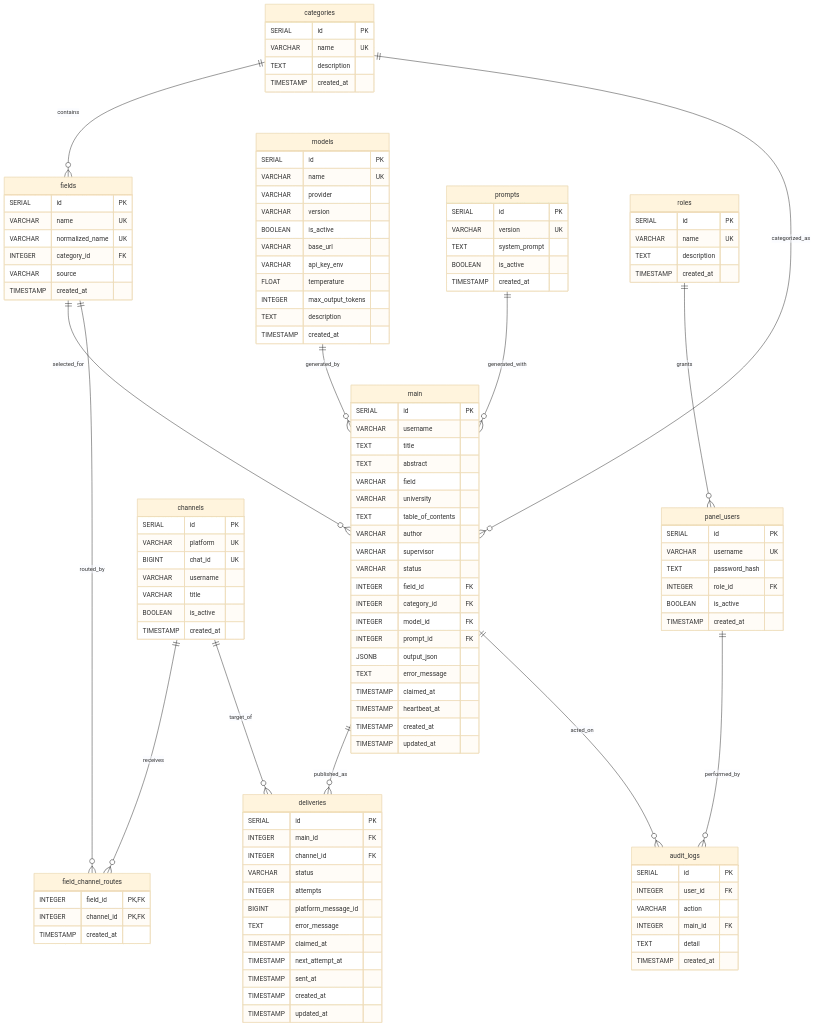
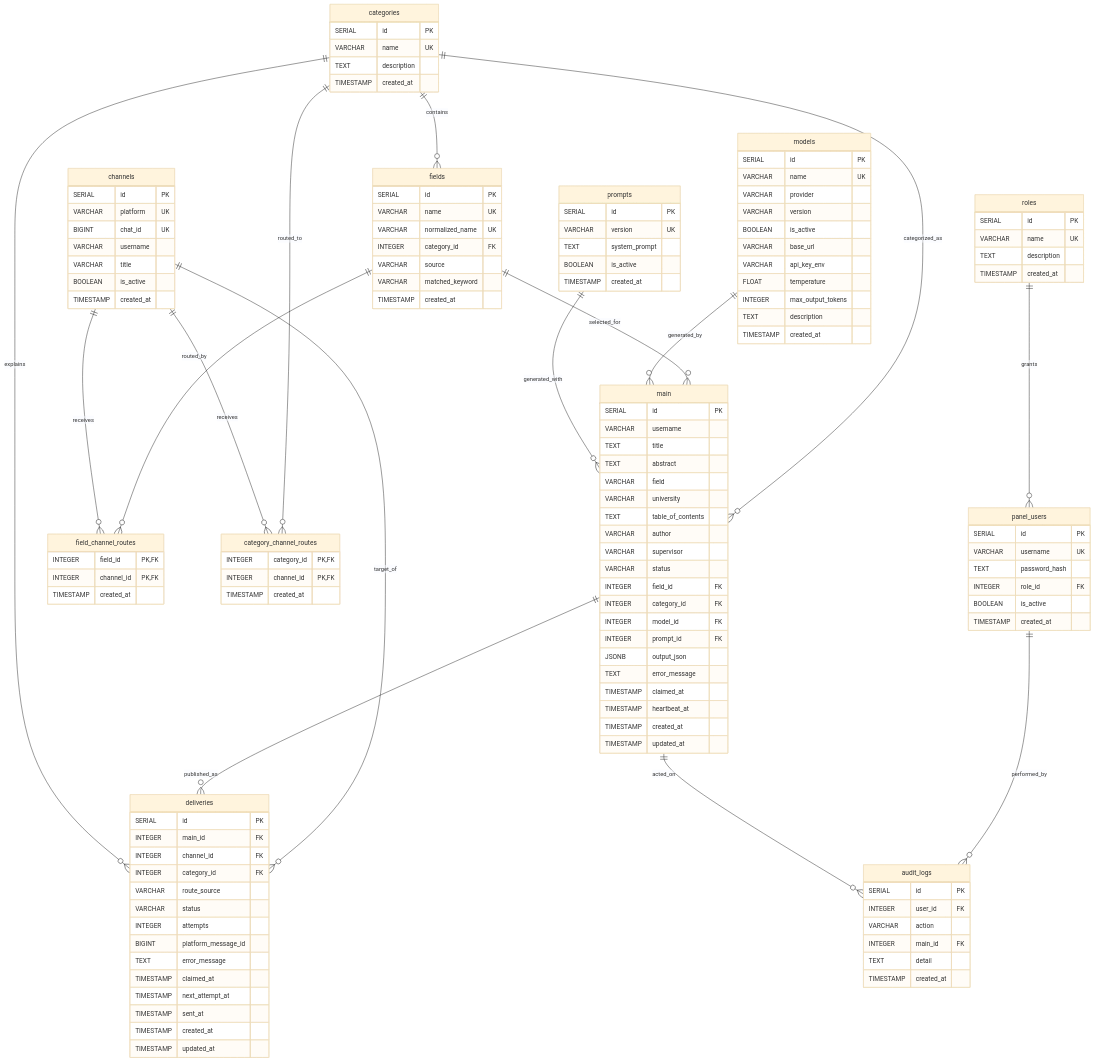
Before and after one commit to MohadeseAnsari/project: the diagram in docs/erd.md, drawn with Mermaid (base theme). The commit also changed other lines of this file and 27 other files, not shown here.

```diff
--- a/docs/erd.md
+++ b/docs/erd.md
@@ -9,8 +9,11 @@
     prompts ||--o{ main : "generated_with"
     fields ||--o{ field_channel_routes : "routed_by"
     channels ||--o{ field_channel_routes : "receives"
+    categories ||--o{ category_channel_routes : "routed_to"
+    channels ||--o{ category_channel_routes : "receives"
     channels ||--o{ deliveries : "target_of"
     main ||--o{ deliveries : "published_as"
+    categories ||--o{ deliveries : "explains"
     roles ||--o{ panel_users : "grants"
     panel_users ||--o{ audit_logs : "performed_by"
     main ||--o{ audit_logs : "acted_on"
@@ -28,6 +31,7 @@
         VARCHAR normalized_name UK
         INTEGER category_id FK
         VARCHAR source
+        VARCHAR matched_keyword
         TIMESTAMP created_at
     }
 
@@ -117,10 +121,18 @@
         TIMESTAMP created_at
     }
 
+    category_channel_routes {
+        INTEGER category_id PK,FK
+        INTEGER channel_id PK,FK
+        TIMESTAMP created_at
+    }
+
     deliveries {
         SERIAL id PK
         INTEGER main_id FK
         INTEGER channel_id FK
+        INTEGER category_id FK
+        VARCHAR route_source
         VARCHAR status
         INTEGER attempts
         BIGINT platform_message_id
```
